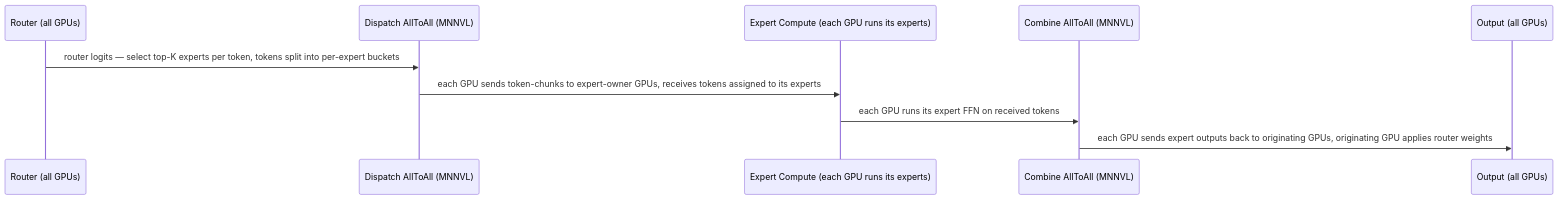
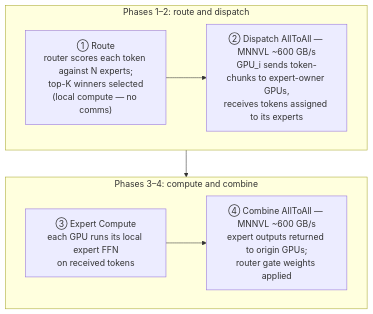
One commit to dfwguy/validation changed the tenth of 11 diagrams in nvl72.md. Above: the diagram before and after it, drawn with Mermaid.

Commit message:
Improve legibility of MoE FFN phases diagram
Replace wide single-row sequenceDiagram (5 participants, tiny text) with
a two-row flowchart TB: phases 1-2 on top, phases 3-4 below, snaking
left-to-right across both rows. Same content, much larger text.

````diff
--- a/nvl72.md
+++ b/nvl72.md
@@ -607,13 +607,16 @@
 ```mermaid
-sequenceDiagram
-    participant R as Router (all GPUs)
-    participant D as Dispatch AllToAll (MNNVL)
-    participant E as Expert Compute (each GPU runs its experts)
-    participant C as Combine AllToAll (MNNVL)
-    participant O as Output (all GPUs)
-
-    R->>D: router logits — select top-K experts per token, tokens split into per-expert buckets
-    D->>E: each GPU sends token-chunks to expert-owner GPUs, receives tokens assigned to its experts
-    E->>C: each GPU runs its expert FFN on received tokens
-    C->>O: each GPU sends expert outputs back to originating GPUs, originating GPU applies router weights
+flowchart TB
+    subgraph ROW1["Phases 1–2: route and dispatch"]
+        direction LR
+        R["① Route<br/>router scores each token against N experts;<br/>top-K winners selected<br/>(local compute — no comms)"]
+        D["② Dispatch AllToAll — MNNVL ~600 GB/s<br/>GPU_i sends token-chunks to expert-owner GPUs,<br/>receives tokens assigned to its experts"]
+        R --> D
+    end
+    subgraph ROW2["Phases 3–4: compute and combine"]
+        direction LR
+        E["③ Expert Compute<br/>each GPU runs its local expert FFN<br/>on received tokens"]
+        C["④ Combine AllToAll — MNNVL ~600 GB/s<br/>expert outputs returned to origin GPUs;<br/>router gate weights applied"]
+        E --> C
+    end
+    D --> E
 ```
````
